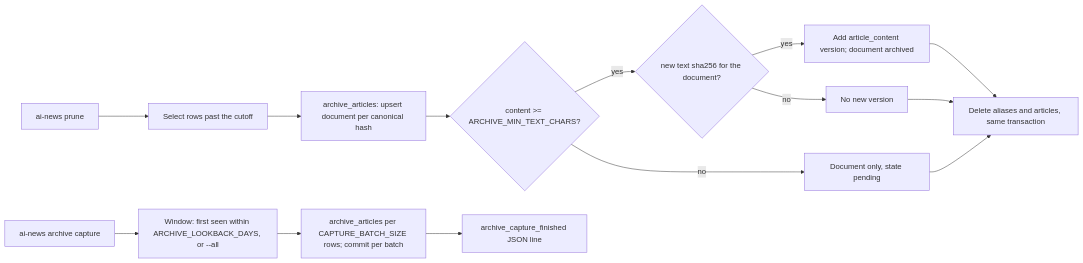
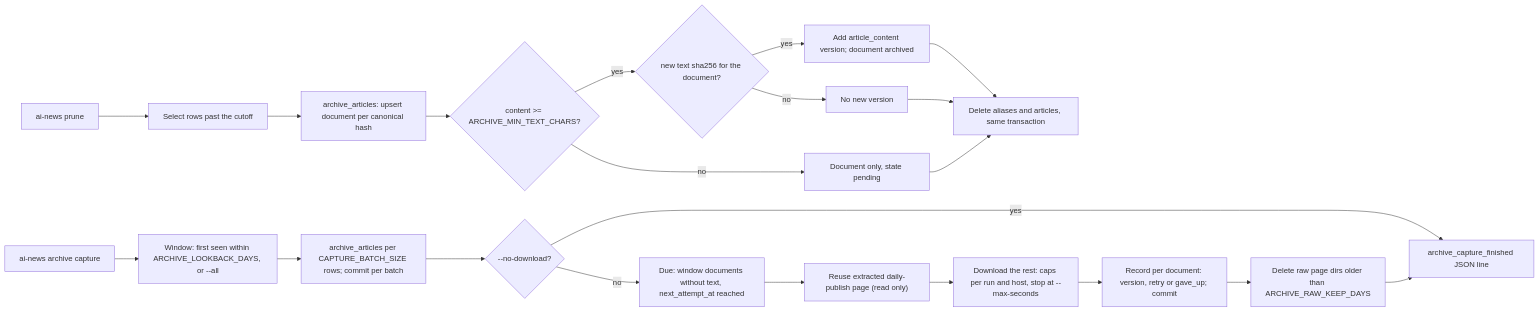
Before and after one commit to Orlv-85/AI_PARSER: the diagram in src/app/core/archive/capture.md, drawn with Mermaid. The commit also changed other lines of this file and 4 other files, not shown here.

First line of the commit message:
feat(archive): download pending pages with retries (016 phase 3)

````diff
--- a/src/app/core/archive/capture.md
+++ b/src/app/core/archive/capture.md
@@ -17,16 +17,23 @@
 ```mermaid
 flowchart LR
   prune["ai-news prune"] --> select["Select rows past the cutoff"]
   select --> sync["archive_articles: upsert document per canonical hash"]
   sync --> long{"content >= ARCHIVE_MIN_TEXT_CHARS?"}
   long -- yes --> hash{"new text sha256 for the document?"}
   hash -- yes --> version["Add article_content version; document archived"]
   hash -- no --> keep["No new version"]
   long -- no --> pending["Document only, state pending"]
   version --> delete["Delete aliases and articles, same transaction"]
   keep --> delete
   pending --> delete
   cli["ai-news archive capture"] --> window["Window: first seen within ARCHIVE_LOOKBACK_DAYS, or --all"]
   window --> batches["archive_articles per CAPTURE_BATCH_SIZE rows; commit per batch"]
-  batches --> summary["archive_capture_finished JSON line"]
+  batches --> nodl{"--no-download?"}
+  nodl -- yes --> summary["archive_capture_finished JSON line"]
+  nodl -- no --> due["Due: window documents without text, next_attempt_at reached"]
+  due --> reuse["Reuse extracted daily-publish page (read only)"]
+  reuse --> download["Download the rest: caps per run and host, stop at --max-seconds"]
+  download --> record["Record per document: version, retry or gave_up; commit"]
+  record --> clean["Delete raw page dirs older than ARCHIVE_RAW_KEEP_DAYS"]
+  clean --> summary
 ```
````
